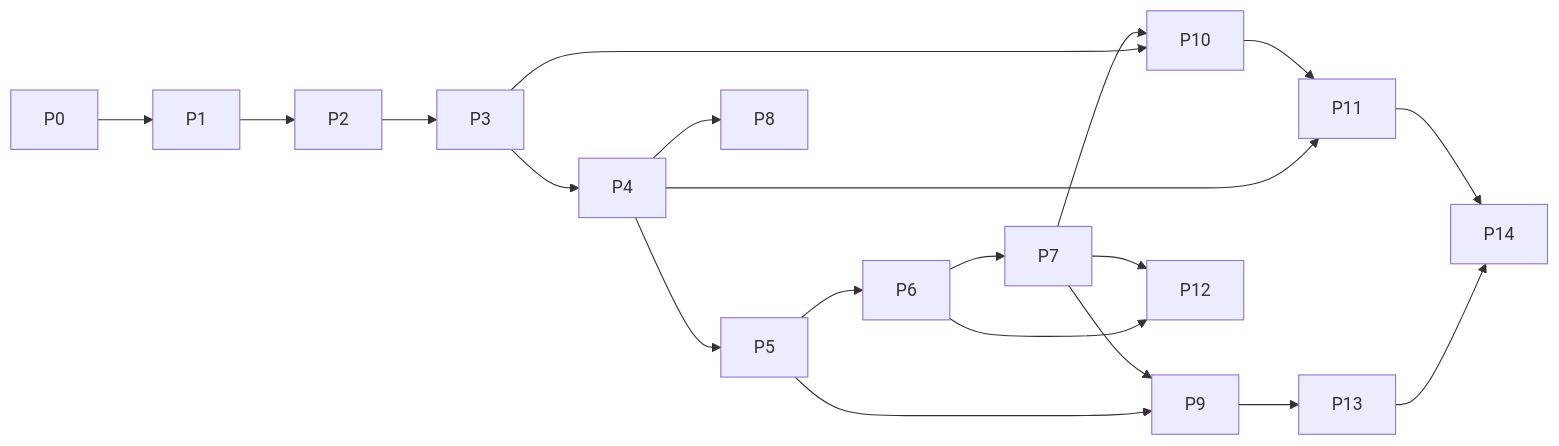
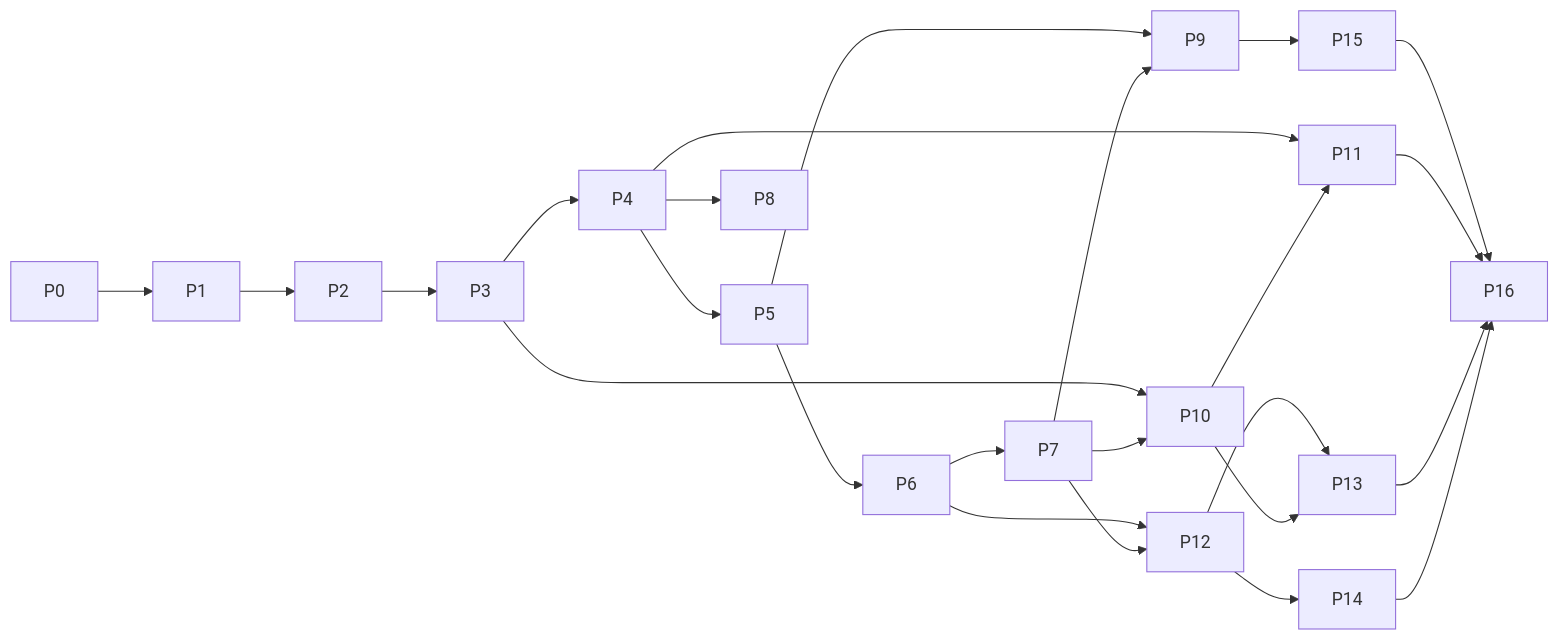
The diagram in docs/BUILD_PLAN.md (ParvG2005/Autonomous-Bug-Fixing-Assistant), drawn with Mermaid before and after one commit. The commit also changed other lines of this file and 62 other files, not shown here.

````diff
--- a/docs/BUILD_PLAN.md
+++ b/docs/BUILD_PLAN.md
@@ -139,17 +169,22 @@
 ```mermaid
 graph LR
     P0 --> P1 --> P2 --> P3 --> P4 --> P5
     P5 --> P6 --> P7
     P4 --> P8
     P5 --> P9
     P7 --> P9
     P3 --> P10
     P7 --> P10
     P4 --> P11
     P10 --> P11
     P6 --> P12
     P7 --> P12
-    P9 --> P13
-    P13 --> P14
-    P11 --> P14
+    P12 --> P13
+    P10 --> P13
+    P12 --> P14
+    P9 --> P15
+    P15 --> P16
+    P11 --> P16
+    P13 --> P16
+    P14 --> P16
 ```
````
